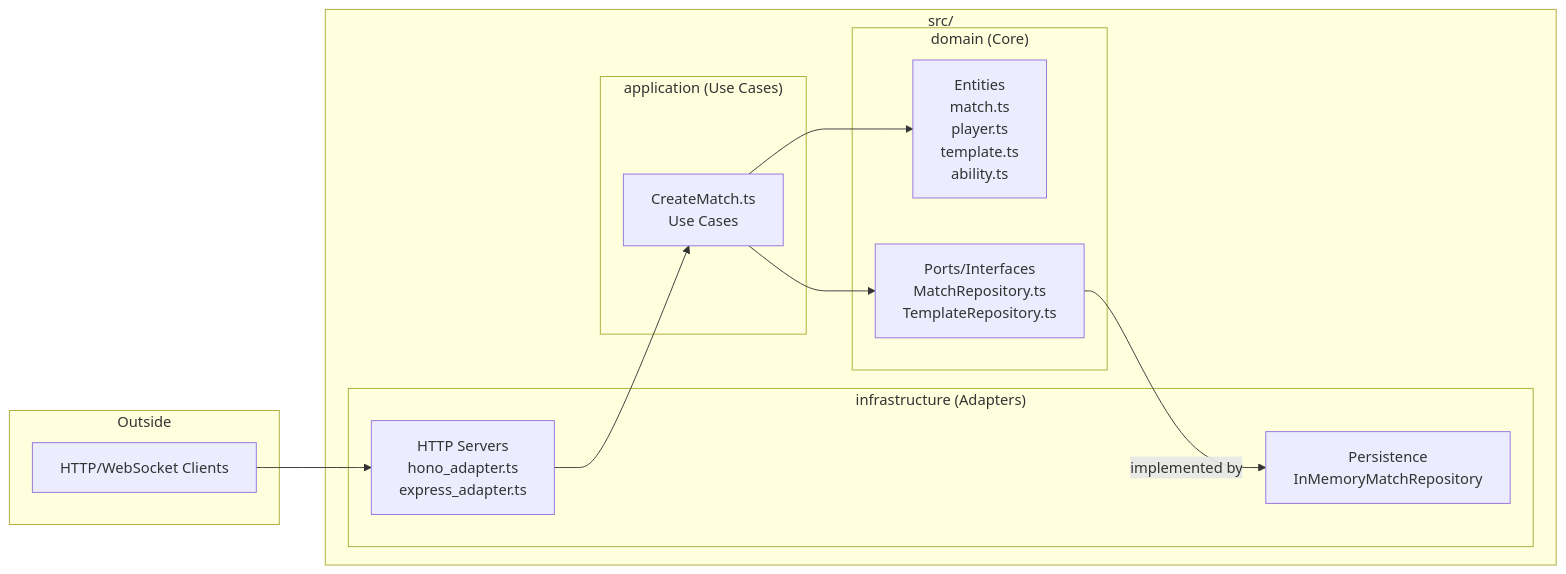
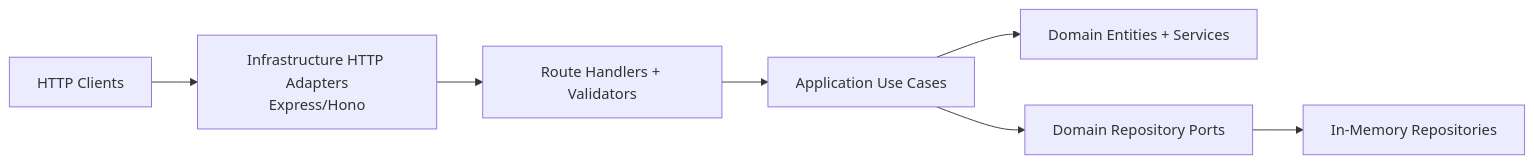
The first of 2 diagrams in docs/architecture.md (MohamedAljoke/social-deduction-game), drawn with Mermaid before and after one commit. The commit also changed other lines of this file and 2 other files, not shown here.

````diff
--- a/docs/architecture.md
+++ b/docs/architecture.md
@@ -54,28 +13,13 @@
 ```mermaid
 flowchart LR
-    subgraph "Outside"
-        Client[HTTP/WebSocket Clients]
-    end
+    Client[HTTP Clients]
+    Http[Infrastructure HTTP Adapters<br/>Express/Hono]
+    Routes[Route Handlers + Validators]
+    UseCases[Application Use Cases]
+    Domain[Domain Entities + Services]
+    Ports[Domain Repository Ports]
+    Persistence[In-Memory Repositories]
 
-    subgraph "src/"
-        subgraph "infrastructure (Adapters)"
-            HTTP[HTTP Servers<br/>hono_adapter.ts<br/>express_adapter.ts]
-            Persistence[Persistence<br/>InMemoryMatchRepository]
-        end
-
-        subgraph "application (Use Cases)"
-            UseCases[CreateMatch.ts<br/>Use Cases]
-        end
-
-        subgraph "domain (Core)"
-            Entities[Entities<br/>match.ts<br/>player.ts<br/>template.ts<br/>ability.ts]
-            Ports[Ports/Interfaces<br/>MatchRepository.ts<br/>TemplateRepository.ts]
-        end
-    end
-
-    Client --> HTTP
-    HTTP --> UseCases
-    UseCases --> Ports
-    UseCases --> Entities
-    Ports -->|implemented by| Persistence
+    Client --> Http --> Routes --> UseCases --> Domain
+    UseCases --> Ports --> Persistence
 ```
````
